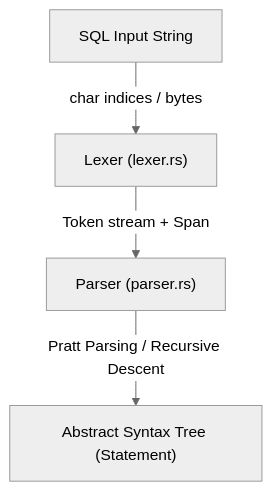
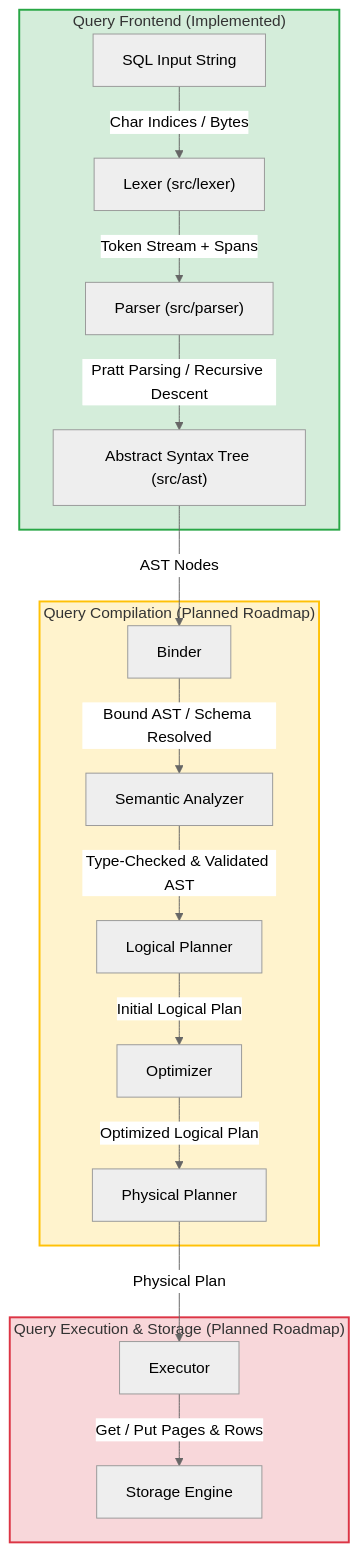
The diagram in README.md (musab05/osirisdb), drawn with Mermaid (neutral theme) before and after one commit. The commit also changed other lines of this file and 1 other file, not shown here.

Commit message:
docs: complete query execution lifecycle and roadmap documentation
- Update README.md with an 11-stage query execution pipeline Mermaid diagram and quick-reference lifecycle table.
- Expand ARCHITECTURE.md with detailed sections for the Binder, Semantic Analyzer, Logical Planner, Optimizer, Physical Planner, Executor, and Storage Engine.
- Outline key responsibilities and proposed Rust interfaces (traits, enums, structs) for future compiler and execution phases.

````diff
--- a/README.md
+++ b/README.md
@@ -23,6 +23,25 @@
 ```mermaid
 flowchart TD
-    SQL["SQL Input String"] -->|char indices / bytes| Lexer["Lexer (lexer.rs)"]
-    Lexer -->|Token stream + Span| Parser["Parser (parser.rs)"]
-    Parser -->|Pratt Parsing / Recursive Descent| AST["Abstract Syntax Tree (Statement)"]
+    subgraph Frontend["Query Frontend (Implemented)"]
+        SQL["SQL Input String"] -->|Char Indices / Bytes| Lexer["Lexer (src/lexer)"]
+        Lexer -->|Token Stream + Spans| Parser["Parser (src/parser)"]
+        Parser -->|Pratt Parsing / Recursive Descent| AST["Abstract Syntax Tree (src/ast)"]
+    end
+
+    subgraph Intermediate["Query Compilation (Planned Roadmap)"]
+        AST -->|AST Nodes| Binder["Binder"]
+        Binder -->|Bound AST / Schema Resolved| Sem["Semantic Analyzer"]
+        Sem -->|Type-Checked & Validated AST| LP["Logical Planner"]
+        LP -->|Initial Logical Plan| Opt["Optimizer"]
+        Opt -->|Optimized Logical Plan| PP["Physical Planner"]
+    end
+
+    subgraph Backend["Query Execution & Storage (Planned Roadmap)"]
+        PP -->|Physical Plan| Exec["Executor"]
+        Exec -->|Get / Put Pages & Rows| Storage["Storage Engine"]
+    end
+    
+    style Frontend fill:#d4edda,stroke:#28a745,stroke-width:2px;
+    style Intermediate fill:#fff3cd,stroke:#ffc107,stroke-width:2px;
+    style Backend fill:#f8d7da,stroke:#dc3545,stroke-width:2px;
 ```
````
